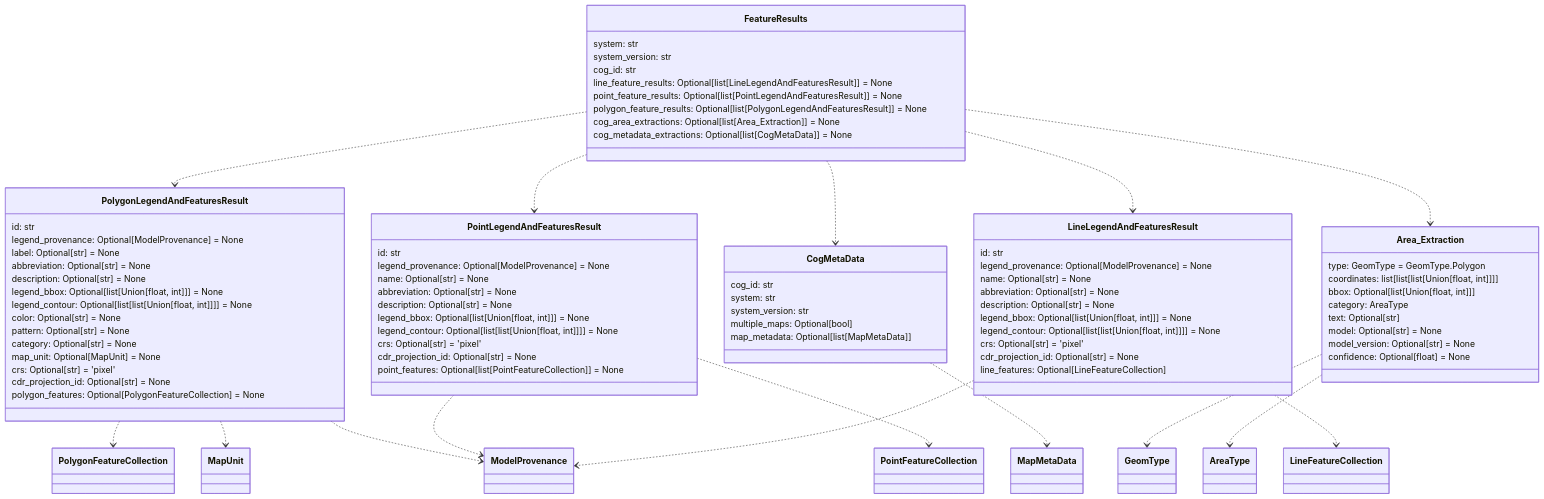
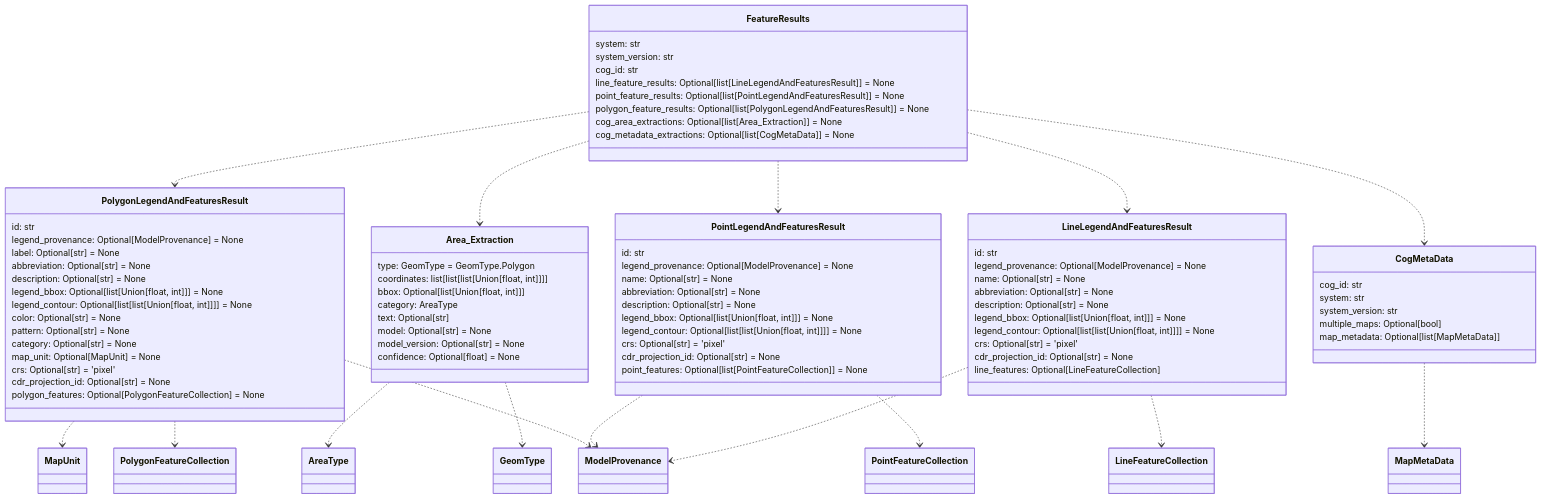
Before and after one commit to DARPA-CRITICALMAAS/cdr_schemas: the fourth of 12 diagrams in README.md, drawn with Mermaid. The commit also changed other lines of this file and 1 other file, not shown here.

Commit message:
version bump

````diff
--- a/README.md
+++ b/README.md
@@ -251,5 +251,16 @@
 ```mermaid
 classDiagram
+
+    class FeatureResults {
+        system: str
+        system_version: str
+        cog_id: str
+        line_feature_results: Optional[list[LineLegendAndFeaturesResult]] = None
+        point_feature_results: Optional[list[PointLegendAndFeaturesResult]] = None
+        polygon_feature_results: Optional[list[PolygonLegendAndFeaturesResult]] = None
+        cog_area_extractions: Optional[list[Area_Extraction]] = None
+        cog_metadata_extractions: Optional[list[CogMetaData]] = None
+    }
 
     class PolygonLegendAndFeaturesResult {
         id: str
@@ -268,6 +279,17 @@
         polygon_features: Optional[PolygonFeatureCollection] = None
     }
 
+    class Area_Extraction {
+        type: GeomType = GeomType.Polygon
+        coordinates: list[list[list[Union[float, int]]]]
+        bbox: Optional[list[Union[float, int]]]
+        category: AreaType
+        text: Optional[str]
+        model: Optional[str] = None
+        model_version: Optional[str] = None
+        confidence: Optional[float] = None
+    }
+
     class PointLegendAndFeaturesResult {
         id: str
         legend_provenance: Optional[ModelProvenance] = None
@@ -279,36 +301,6 @@
         crs: Optional[str] = 'pixel'
         cdr_projection_id: Optional[str] = None
         point_features: Optional[list[PointFeatureCollection]] = None
-    }
-
-    class CogMetaData {
-        cog_id: str
-        system: str
-        system_version: str
-        multiple_maps: Optional[bool]
-        map_metadata: Optional[list[MapMetaData]]
-    }
-
-    class FeatureResults {
-        system: str
-        system_version: str
-        cog_id: str
-        line_feature_results: Optional[list[LineLegendAndFeaturesResult]] = None
-        point_feature_results: Optional[list[PointLegendAndFeaturesResult]] = None
-        polygon_feature_results: Optional[list[PolygonLegendAndFeaturesResult]] = None
-        cog_area_extractions: Optional[list[Area_Extraction]] = None
-        cog_metadata_extractions: Optional[list[CogMetaData]] = None
-    }
-
-    class Area_Extraction {
-        type: GeomType = GeomType.Polygon
-        coordinates: list[list[list[Union[float, int]]]]
-        bbox: Optional[list[Union[float, int]]]
-        category: AreaType
-        text: Optional[str]
-        model: Optional[str] = None
-        model_version: Optional[str] = None
-        confidence: Optional[float] = None
     }
 
     class LineLegendAndFeaturesResult {
@@ -324,21 +316,29 @@
         line_features: Optional[LineFeatureCollection]
     }
 
+    class CogMetaData {
+        cog_id: str
+        system: str
+        system_version: str
+        multiple_maps: Optional[bool]
+        map_metadata: Optional[list[MapMetaData]]
+    }
+
+    Area_Extraction ..> AreaType
     Area_Extraction ..> GeomType
-    Area_Extraction ..> AreaType
+    LineLegendAndFeaturesResult ..> LineFeatureCollection
     LineLegendAndFeaturesResult ..> ModelProvenance
-    LineLegendAndFeaturesResult ..> LineFeatureCollection
     PointLegendAndFeaturesResult ..> ModelProvenance
     PointLegendAndFeaturesResult ..> PointFeatureCollection
     PolygonLegendAndFeaturesResult ..> ModelProvenance
+    PolygonLegendAndFeaturesResult ..> MapUnit
     PolygonLegendAndFeaturesResult ..> PolygonFeatureCollection
-    PolygonLegendAndFeaturesResult ..> MapUnit
     CogMetaData ..> MapMetaData
     FeatureResults ..> PolygonLegendAndFeaturesResult
+    FeatureResults ..> Area_Extraction
     FeatureResults ..> PointLegendAndFeaturesResult
+    FeatureResults ..> LineLegendAndFeaturesResult
     FeatureResults ..> CogMetaData
-    FeatureResults ..> Area_Extraction
-    FeatureResults ..> LineLegendAndFeaturesResult
 
 
 ```
````
